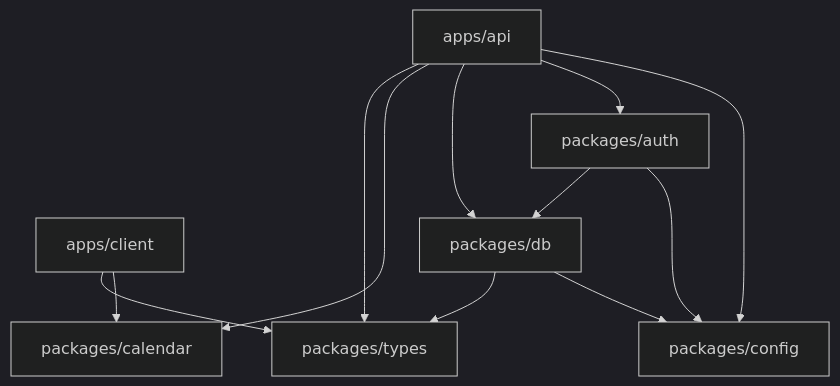
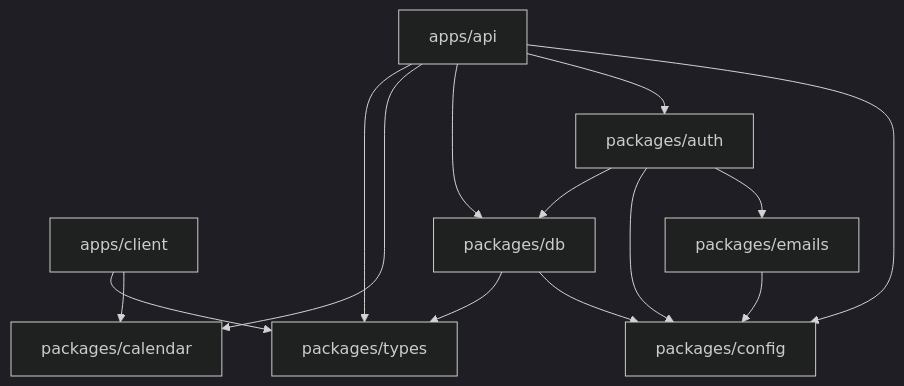
Before and after one commit to frgtn-dot-dev/musubi: the diagram in packages/docs/src/content/docs/architecture/packages.mdx, drawn with Mermaid (dark theme). The commit also changed other lines of this file and 8 other files, not shown here.

````diff
--- a/packages/docs/src/content/docs/architecture/packages.mdx
+++ b/packages/docs/src/content/docs/architecture/packages.mdx
@@ -96,22 +104,25 @@
 ```mermaid
 flowchart TD
     client[apps/client]
     api[apps/api]
     auth[packages/auth]
     db[packages/db]
     calendar[packages/calendar]
     types[packages/types]
     config[packages/config]
+    emails[packages/emails]
 
     client --> types
     client --> calendar
     api --> types
     api --> calendar
     api --> db
     api --> auth
     auth --> db
     db --> types
     api --> config
     db --> config
     auth --> config
+    auth --> emails
+    emails --> config
 ```
````
